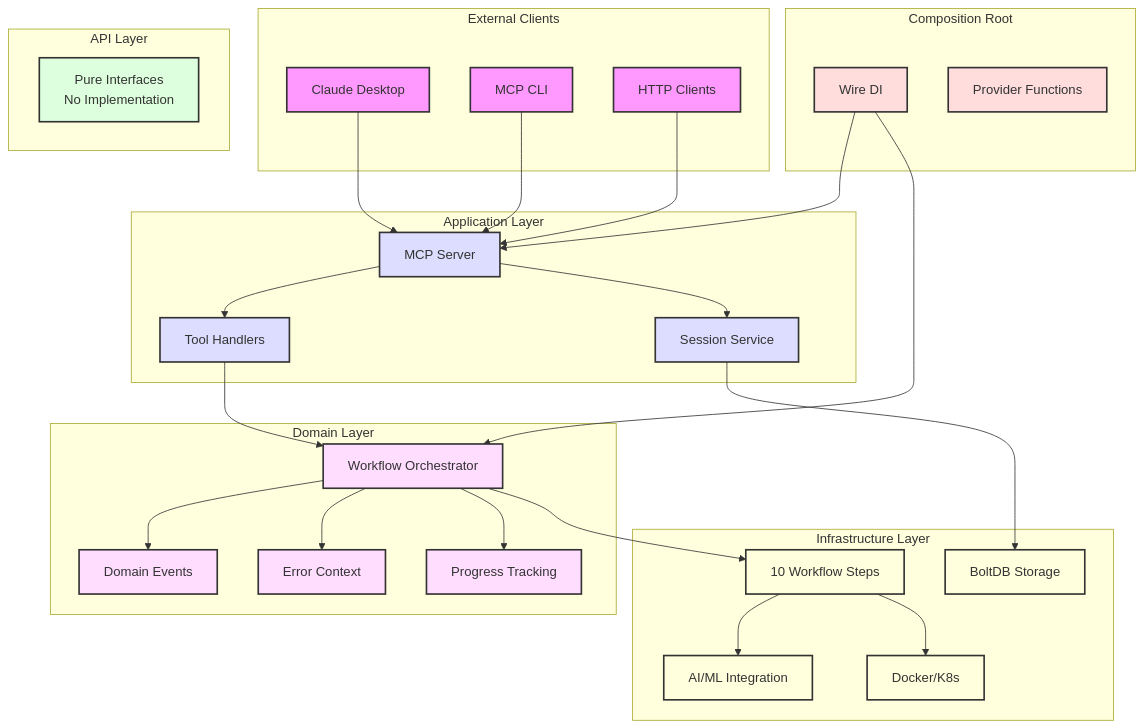
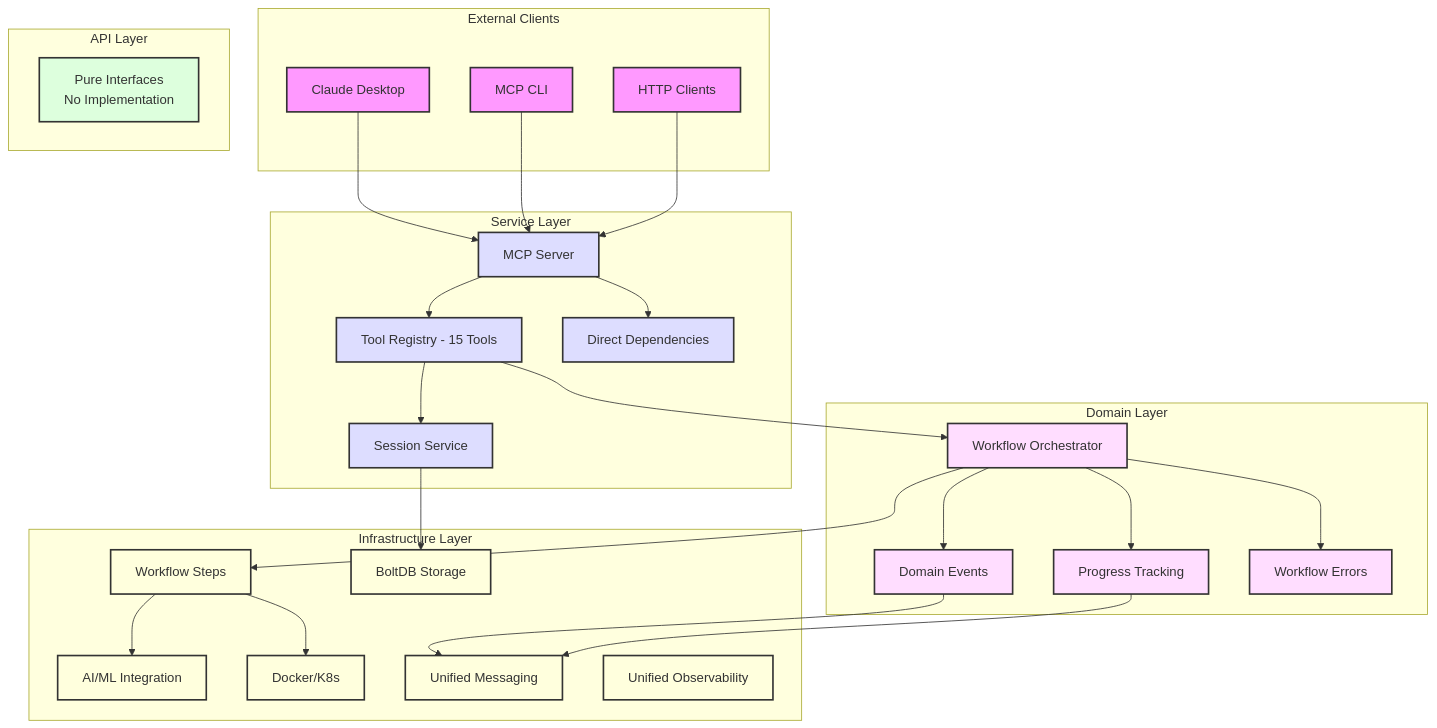
The first of 4 diagrams in docs/architecture/diagrams/README-architecture.md (Azure/containerization-assist), drawn with Mermaid before and after one commit. The commit also changed other lines of this file and 211 other files, not shown here.

````diff
--- a/docs/architecture/diagrams/README-architecture.md
+++ b/docs/architecture/diagrams/README-architecture.md
@@ -5,76 +5,71 @@
 ```mermaid
 graph TB
     %% External layer
     subgraph "External Clients"
         Claude[Claude Desktop]
         CLI[MCP CLI]
         HTTP[HTTP Clients]
     end
 
-    %% Composition Root
-    subgraph "Composition Root"
-        Wire[Wire DI]
-        Providers[Provider Functions]
-    end
-
     %% 4-Layer Architecture
     subgraph "API Layer"
         Interfaces[Pure Interfaces<br/>No Implementation]
     end
 
-    subgraph "Application Layer"
+    subgraph "Service Layer"
         Server[MCP Server]
-        Handlers[Tool Handlers]
+        Tools[Tool Registry - 15 Tools]
         Session[Session Service]
+        DI[Direct Dependencies]
     end
 
     subgraph "Domain Layer"
         Workflow[Workflow Orchestrator]
         Events[Domain Events]
-        ErrorCtx[Error Context]
         Progress[Progress Tracking]
+        Errors[Workflow Errors]
     end
 
     subgraph "Infrastructure Layer"
-        Steps[10 Workflow Steps]
+        Steps[Workflow Steps]
         AI[AI/ML Integration]
         Docker[Docker/K8s]
         Storage[BoltDB Storage]
+        Messaging[Unified Messaging]
+        Observability[Unified Observability]
     end
 
     %% Connections
     Claude --> Server
     CLI --> Server
     HTTP --> Server
     
-    Wire --> Server
-    Wire --> Workflow
-    
-    Server --> Handlers
-    Handlers --> Workflow
-    Server --> Session
+    Server --> Tools
+    Tools --> Session
+    Tools --> Workflow
+    Server --> DI
     
     Workflow --> Events
-    Workflow --> ErrorCtx
     Workflow --> Progress
+    Workflow --> Errors
     
     Workflow --> Steps
     Steps --> AI
     Steps --> Docker
     Session --> Storage
+    Events --> Messaging
+    Progress --> Messaging
 
     %% Styling
     classDef external fill:#f9f,stroke:#333,stroke-width:2px
-    classDef composition fill:#fdd,stroke:#333,stroke-width:2px
     classDef api fill:#dfd,stroke:#333,stroke-width:2px
-    classDef app fill:#ddf,stroke:#333,stroke-width:2px
+    classDef service fill:#ddf,stroke:#333,stroke-width:2px
     classDef domain fill:#fdf,stroke:#333,stroke-width:2px
     classDef infra fill:#ffd,stroke:#333,stroke-width:2px
     
     class Claude,CLI,HTTP external
-    class Wire,Providers composition
     class Interfaces api
-    class Server,Handlers,Session app
-    class Workflow,Events,ErrorCtx,Progress domain
-    class Steps,AI,Docker,Storage infra
+    class Server,Tools,Session,DI service
+    class Workflow,Events,Progress,Errors domain
+    class Steps,AI,Docker,Storage,Messaging,Observability infra
 ```
````
